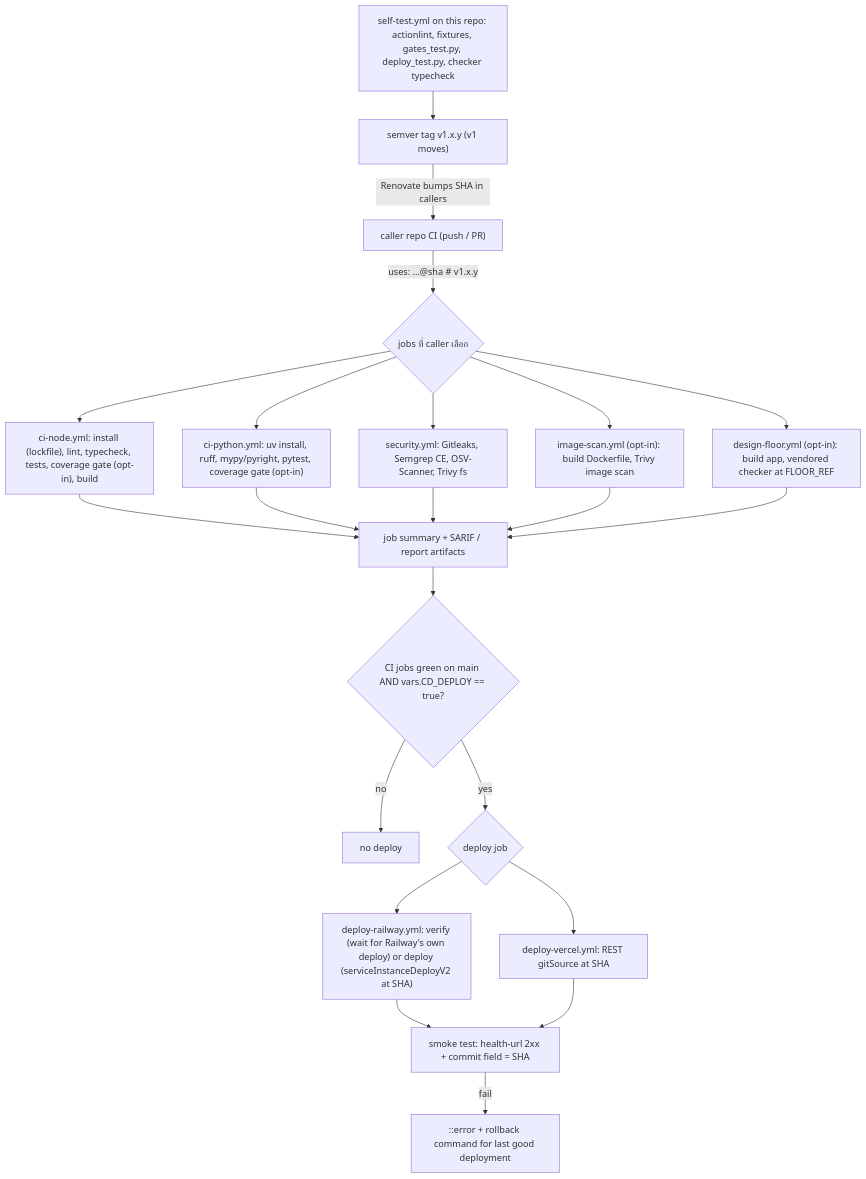
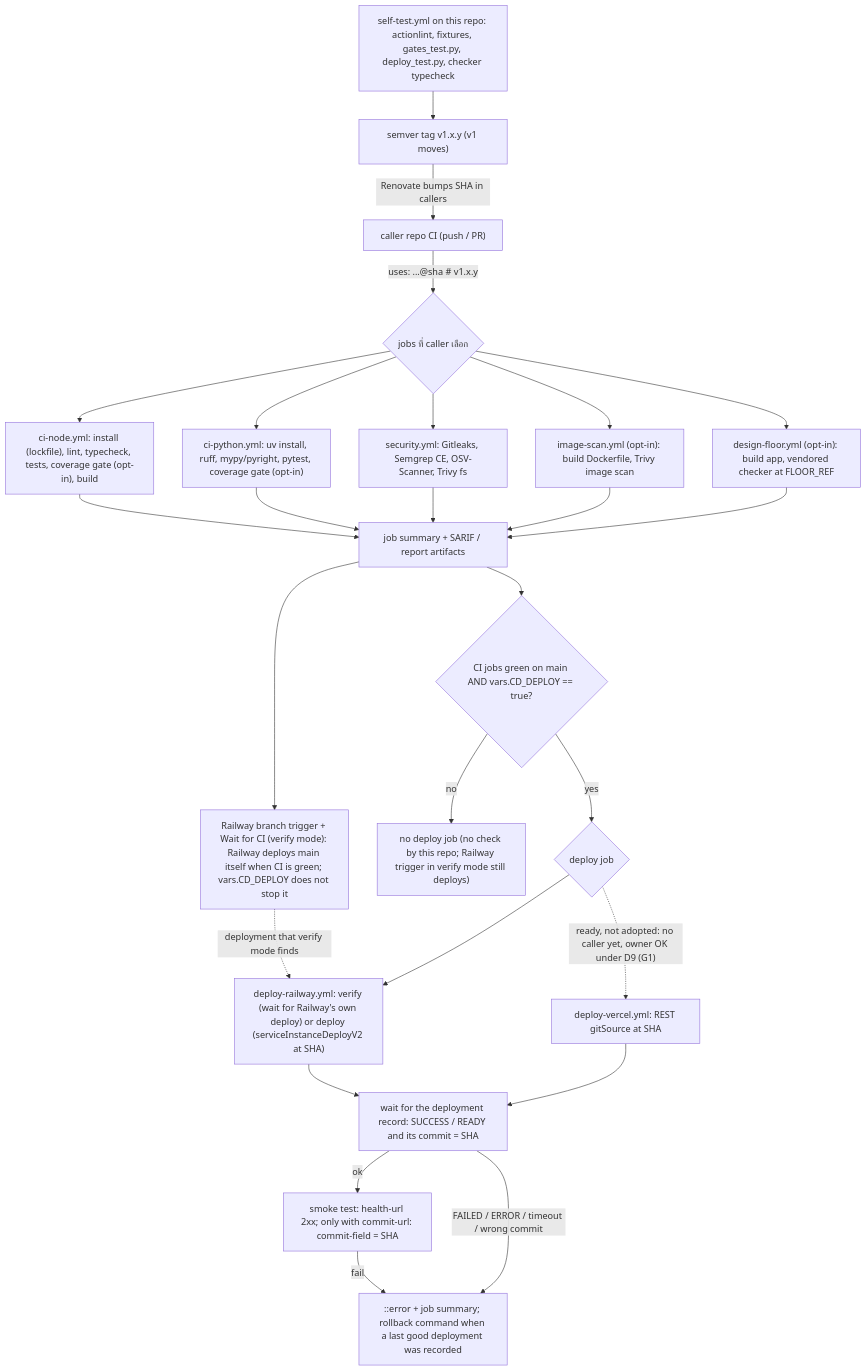
Before and after one commit to bookchaowalit/platform-ci-workflows: the diagram in docs/diagrams/01-business-process.md, drawn with Mermaid. The commit also changed other lines of this file, not shown here.

Commit message:
docs: fix As-Is/To-Be business process per Codex review (01-business-process)
Match the diagrams to the code for the review findings: approval and
ordering gates, failure and retry paths, and data boundaries. Owner
decisions are recorded as Gap rows instead of inventing behaviour.

````diff
--- a/docs/diagrams/01-business-process.md
+++ b/docs/diagrams/01-business-process.md
@@ -9,24 +9,28 @@
 ```mermaid
 flowchart TD
   CALLER["caller repo CI (push / PR)"] -->|"uses: ...@sha # v1.x.y"| PICK{"jobs ที่ caller เลือก"}
   PICK --> NODE["ci-node.yml: install (lockfile), lint, typecheck, tests, coverage gate (opt-in), build"]
   PICK --> PY["ci-python.yml: uv install, ruff, mypy/pyright, pytest, coverage gate (opt-in)"]
   PICK --> SEC["security.yml: Gitleaks, Semgrep CE, OSV-Scanner, Trivy fs"]
   PICK --> IMG["image-scan.yml (opt-in): build Dockerfile, Trivy image scan"]
   PICK --> FLOOR["design-floor.yml (opt-in): build app, vendored checker at FLOOR_REF"]
   NODE --> RES["job summary + SARIF / report artifacts"]
   PY --> RES
   SEC --> RES
   IMG --> RES
   FLOOR --> RES
+  RES --> TRIG["Railway branch trigger + Wait for CI (verify mode): Railway deploys main itself when CI is green; vars.CD_DEPLOY does not stop it"]
   RES --> GREEN{"CI jobs green on main AND vars.CD_DEPLOY == true?"}
-  GREEN -->|no| STOP["no deploy"]
+  GREEN -->|no| STOP["no deploy job (no check by this repo; Railway trigger in verify mode still deploys)"]
   GREEN -->|yes| DEP{"deploy job"}
   DEP --> RAIL["deploy-railway.yml: verify (wait for Railway's own deploy) or deploy (serviceInstanceDeployV2 at SHA)"]
-  DEP --> VER["deploy-vercel.yml: REST gitSource at SHA"]
-  RAIL --> SMOKE["smoke test: health-url 2xx + commit field = SHA"]
-  VER --> SMOKE
-  SMOKE -->|fail| RB["::error + rollback command for last good deployment"]
+  TRIG -.->|"deployment that verify mode finds"| RAIL
+  DEP -.->|"ready, not adopted: no caller yet, owner OK under D9 (G1)"| VER["deploy-vercel.yml: REST gitSource at SHA"]
+  RAIL --> WAIT["wait for the deployment record: SUCCESS / READY and its commit = SHA"]
+  VER --> WAIT
+  WAIT -->|ok| SMOKE["smoke test: health-url 2xx; only with commit-url: commit-field = SHA"]
+  WAIT -->|"FAILED / ERROR / timeout / wrong commit"| RB
+  SMOKE -->|fail| RB["::error + job summary; rollback command when a last good deployment was recorded"]
   SELF["self-test.yml on this repo: actionlint, fixtures, gates_test.py, deploy_test.py, checker typecheck"] --> TAG["semver tag v1.x.y (v1 moves)"]
   TAG -->|"Renovate bumps SHA in callers"| CALLER
 ```
````
